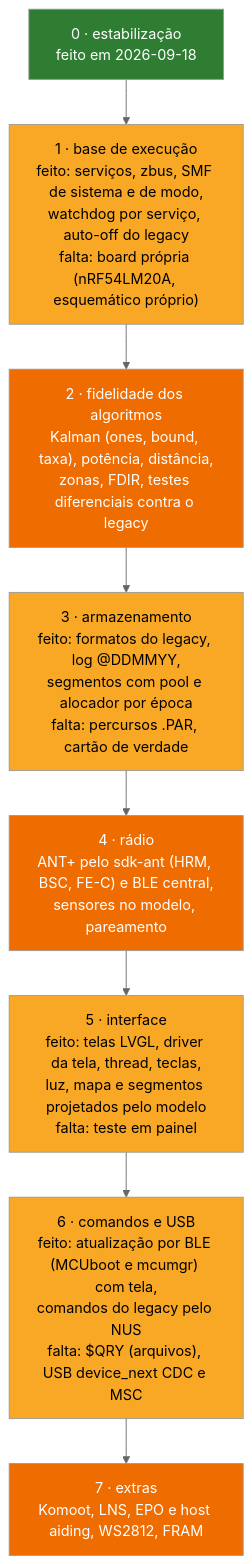
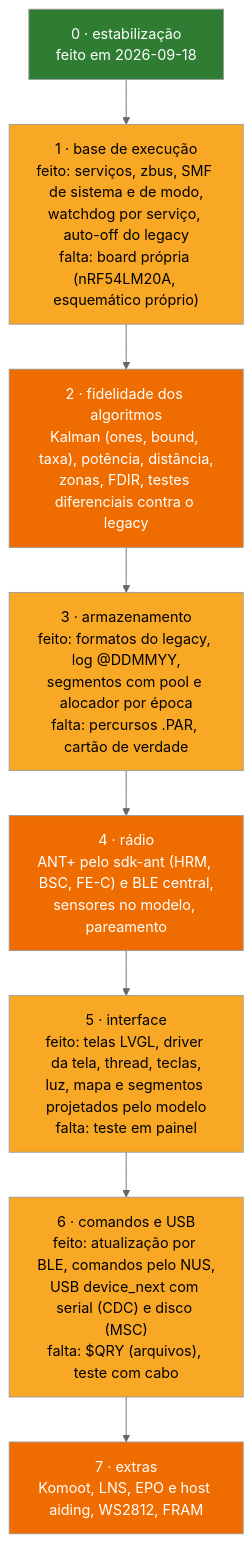
Before and after one commit to Guiimartinho/gnss-bike-computer: the second of 2 diagrams in docs/10-status-do-port.md, drawn with Mermaid (neutral theme). The commit also changed 15 other files, not shown here.

````diff
--- a/docs/10-status-do-port.md
+++ b/docs/10-status-do-port.md
@@ -109,14 +109,14 @@
 ```mermaid
 flowchart TD
     F0["0 · estabilização<br/>feito em 2026-09-18"]:::done --> F1
     F1["1 · base de execução<br/>feito: serviços, zbus, SMF de sistema e de modo,<br/>watchdog por serviço, auto-off do legacy<br/>falta: board própria (nRF54LM20A, esquemático próprio)"]:::partial --> F2
     F2["2 · fidelidade dos algoritmos<br/>Kalman (ones, bound, taxa), potência, distância,<br/>zonas, FDIR, testes diferenciais contra o legacy"]:::pending --> F3
     F3["3 · armazenamento<br/>feito: formatos do legacy, log @DDMMYY,<br/>segmentos com pool e alocador por época<br/>falta: percursos .PAR, cartão de verdade"]:::partial --> F4
     F4["4 · rádio<br/>ANT+ pelo sdk-ant (HRM, BSC, FE-C) e BLE central,<br/>sensores no modelo, pareamento"]:::pending --> F5
     F5["5 · interface<br/>feito: telas LVGL, driver da tela, thread, teclas,<br/>luz, mapa e segmentos projetados pelo modelo<br/>falta: teste em painel"]:::partial --> F6
-    F6["6 · comandos e USB<br/>feito: atualização por BLE (MCUboot e mcumgr) com tela,<br/>comandos do legacy pelo NUS<br/>falta: $QRY (arquivos), USB device_next CDC e MSC"]:::partial --> F7
+    F6["6 · comandos e USB<br/>feito: atualização por BLE, comandos pelo NUS,<br/>USB device_next com serial (CDC) e disco (MSC)<br/>falta: $QRY (arquivos), teste com cabo"]:::partial --> F7
     F7["7 · extras<br/>Komoot, LNS, EPO e host aiding, WS2812, FRAM"]:::pending
     classDef done fill:#2e7d32,color:#ffffff
     classDef partial fill:#f9a825,color:#000000
     classDef pending fill:#ef6c00,color:#ffffff
 ```
````
